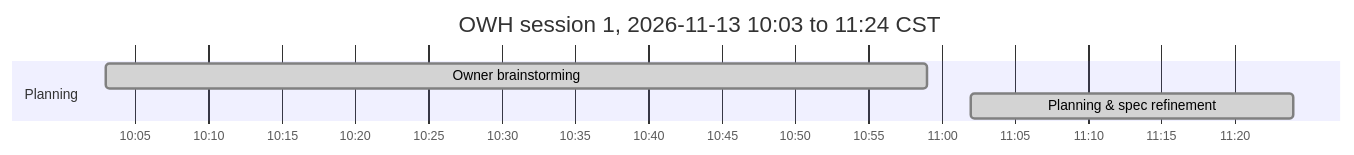
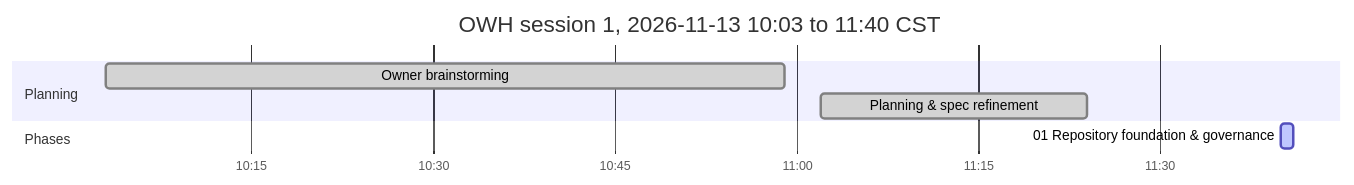
The diagram in OWH_IMPLEMENTATION_PLAN.md (antonizick/OpenWebUI), drawn with Mermaid before and after one commit. The commit also changed other lines of this file and 1 other file, not shown here.

Commit message:
docs(plan): refresh timeline

````diff
--- a/OWH_IMPLEMENTATION_PLAN.md
+++ b/OWH_IMPLEMENTATION_PLAN.md
@@ -48,9 +48,11 @@
 ```mermaid
 gantt
-    title OWH session 1, 2026-11-13 10:03 to 11:24 CST
+    title OWH session 1, 2026-11-13 10:03 to 11:40 CST
     dateFormat YYYY-MM-DD HH:mm
     axisFormat %H:%M
     section Planning
     Owner brainstorming :done, plan1, 2026-11-13 10:03, 2026-11-13 10:59
     Planning & spec refinement :done, p00, 2026-11-13 11:02, 2026-11-13 11:24
+    section Phases
+    01 Repository foundation & governance :active, p01s1, 2026-11-13 11:40, 2026-11-13 11:41
 ```
````
